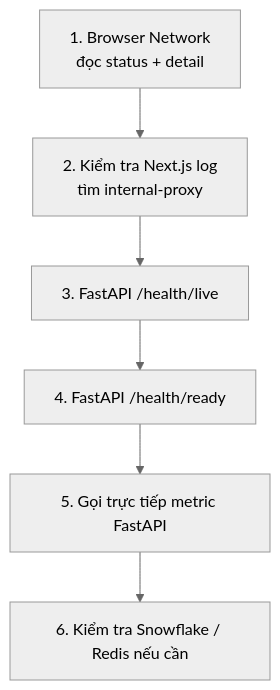
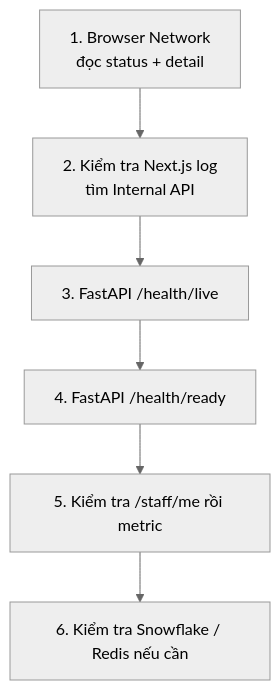
One commit to vothanhphu9x-pixel/superstore_ecommerce changed the fourth of 4 diagrams in docs/frontend/error_tracing.md. Above: the diagram before and after it, drawn with Mermaid (neutral theme). The commit also changed other lines of this file and 64 other files, not shown here.

````diff
--- a/docs/frontend/error_tracing.md
+++ b/docs/frontend/error_tracing.md
@@ -75,8 +95,8 @@
 ```mermaid
 flowchart TD
-    A[1. Browser Network<br/>đọc status + detail] --> B[2. Kiểm tra Next.js log<br/>tìm internal-proxy]
+    A[1. Browser Network<br/>đọc status + detail] --> B[2. Kiểm tra Next.js log<br/>tìm Internal API]
     B --> C[3. FastAPI /health/live]
     C --> D[4. FastAPI /health/ready]
-    D --> E[5. Gọi trực tiếp metric FastAPI]
+    D --> E[5. Kiểm tra /staff/me rồi metric]
     E --> F[6. Kiểm tra Snowflake / Redis nếu cần]
 ```
````
